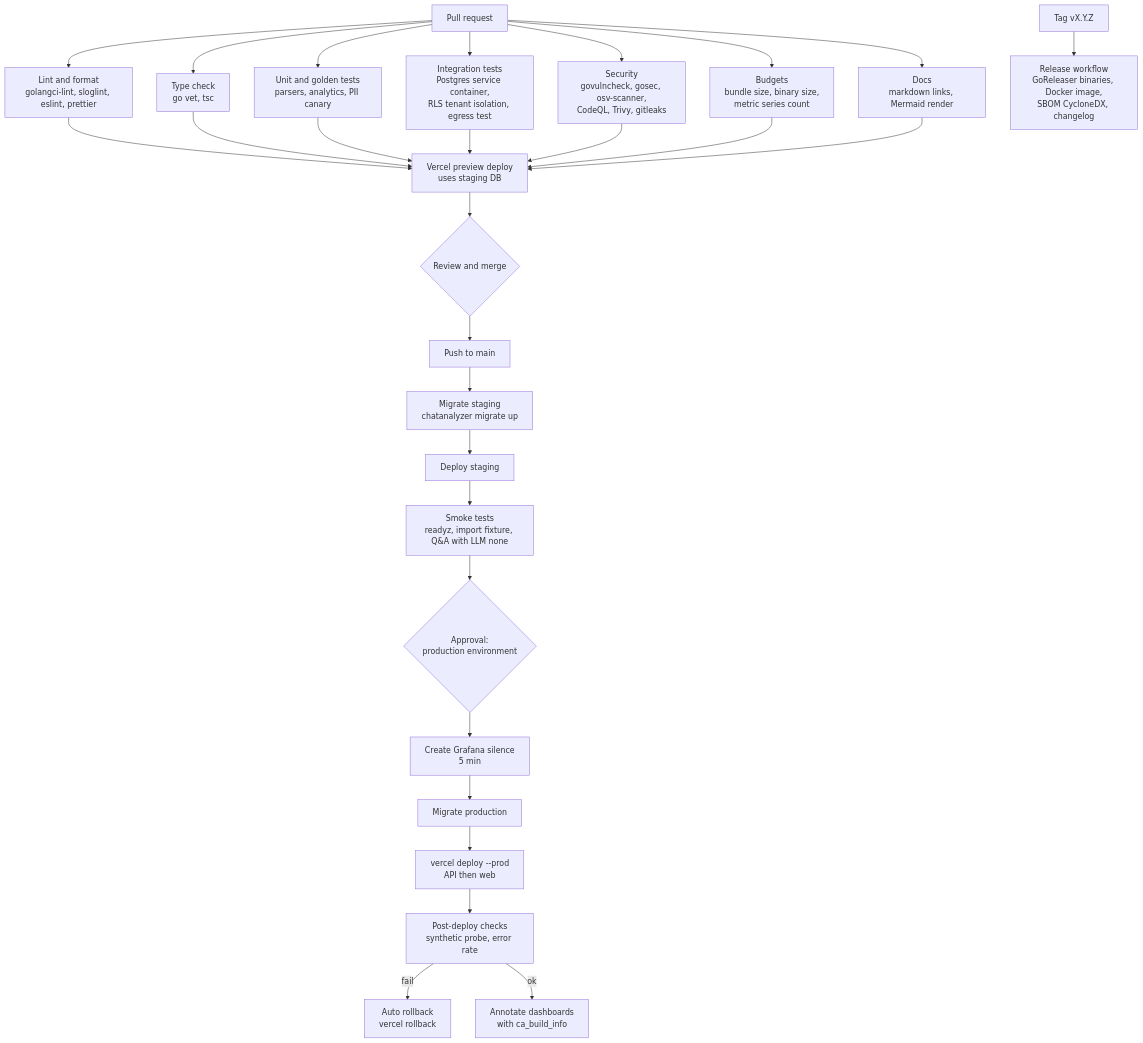
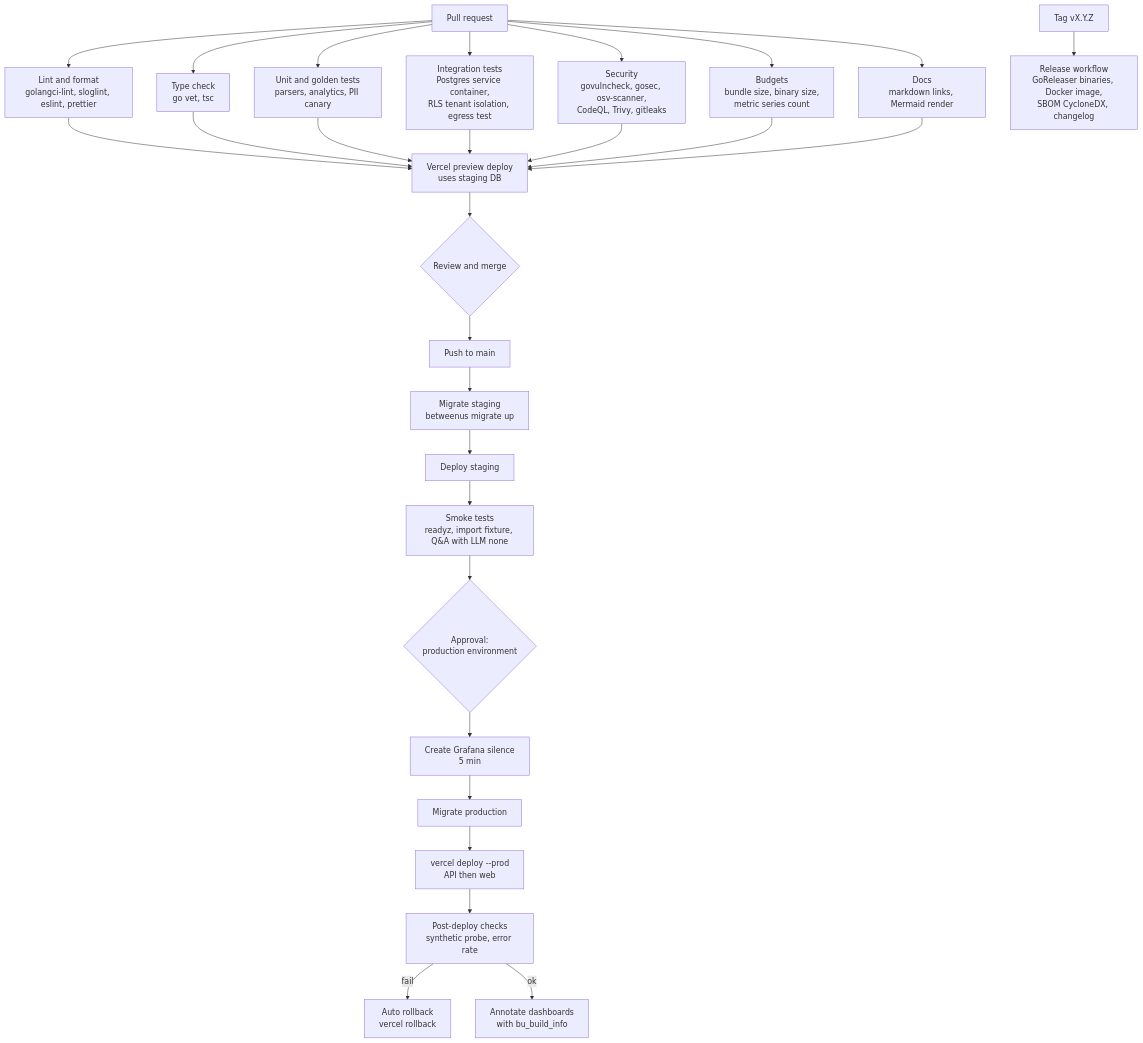
One commit to KshitijV97/between-us changed the fifth of 5 diagrams in docs/07-deployment.md. Above: the diagram before and after it, drawn with Mermaid. The commit also changed other lines of this file and 70 other files, not shown here.

````diff
--- a/docs/07-deployment.md
+++ b/docs/07-deployment.md
@@ -452,24 +452,24 @@
 ```mermaid
 flowchart TD
     pr["Pull request"] --> lint["Lint and format<br/>golangci-lint, sloglint, eslint, prettier"]
     pr --> types["Type check<br/>go vet, tsc"]
     pr --> unit["Unit and golden tests<br/>parsers, analytics, PII canary"]
     pr --> integ["Integration tests<br/>Postgres service container,<br/>RLS tenant isolation, egress test"]
     pr --> sec["Security<br/>govulncheck, gosec, osv-scanner,<br/>CodeQL, Trivy, gitleaks"]
     pr --> budget["Budgets<br/>bundle size, binary size,<br/>metric series count"]
     pr --> docs["Docs<br/>markdown links, Mermaid render"]
     lint & types & unit & integ & sec & budget & docs --> preview["Vercel preview deploy<br/>uses staging DB"]
     preview --> review{"Review and merge"}
     review --> main["Push to main"]
-    main --> migS["Migrate staging<br/>chatanalyzer migrate up"]
+    main --> migS["Migrate staging<br/>betweenus migrate up"]
     migS --> depS["Deploy staging"]
     depS --> smoke["Smoke tests<br/>readyz, import fixture, Q&A with LLM none"]
     smoke --> gate{"Approval:<br/>production environment"}
     gate --> silence["Create Grafana silence<br/>5 min"]
     silence --> migP["Migrate production"]
     migP --> depP["vercel deploy --prod<br/>API then web"]
     depP --> verify["Post-deploy checks<br/>synthetic probe, error rate"]
     verify -->|"fail"| rollback["Auto rollback<br/>vercel rollback"]
-    verify -->|"ok"| done["Annotate dashboards<br/>with ca_build_info"]
+    verify -->|"ok"| done["Annotate dashboards<br/>with bu_build_info"]
     tag["Tag vX.Y.Z"] --> rel["Release workflow<br/>GoReleaser binaries, Docker image,<br/>SBOM CycloneDX, changelog"]
 ```
````
